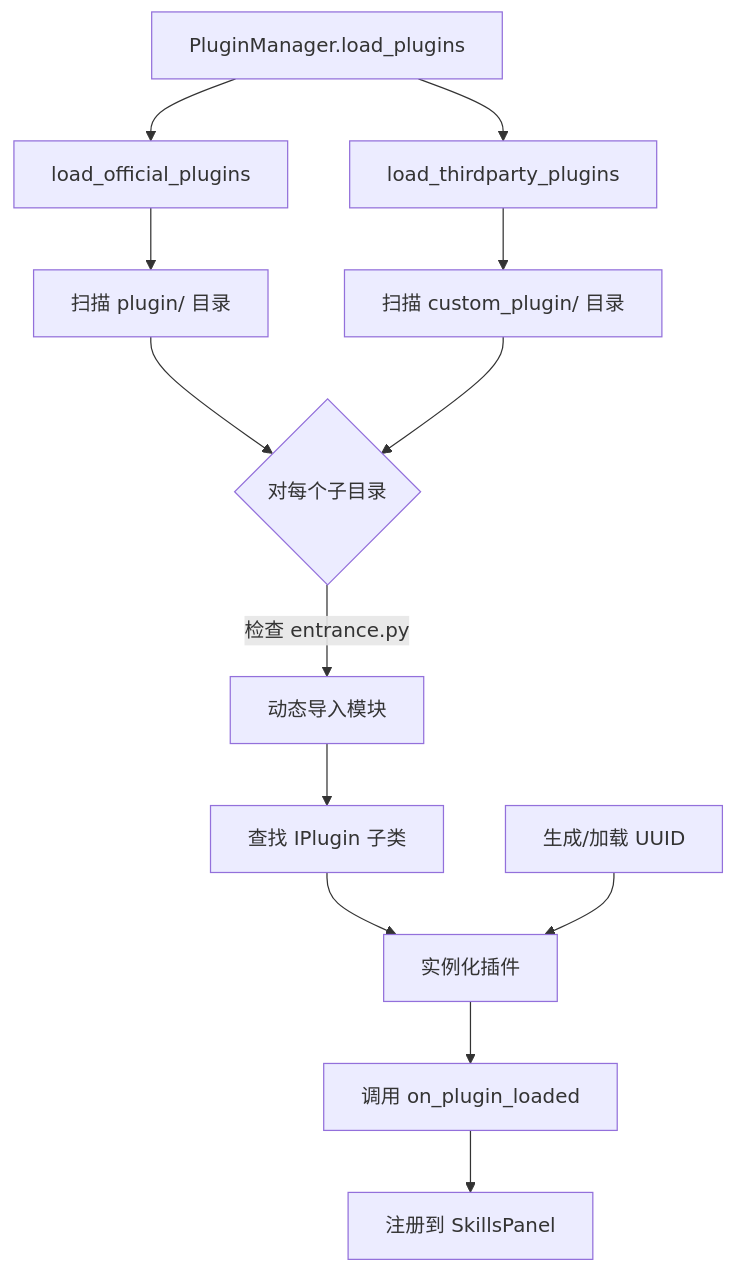
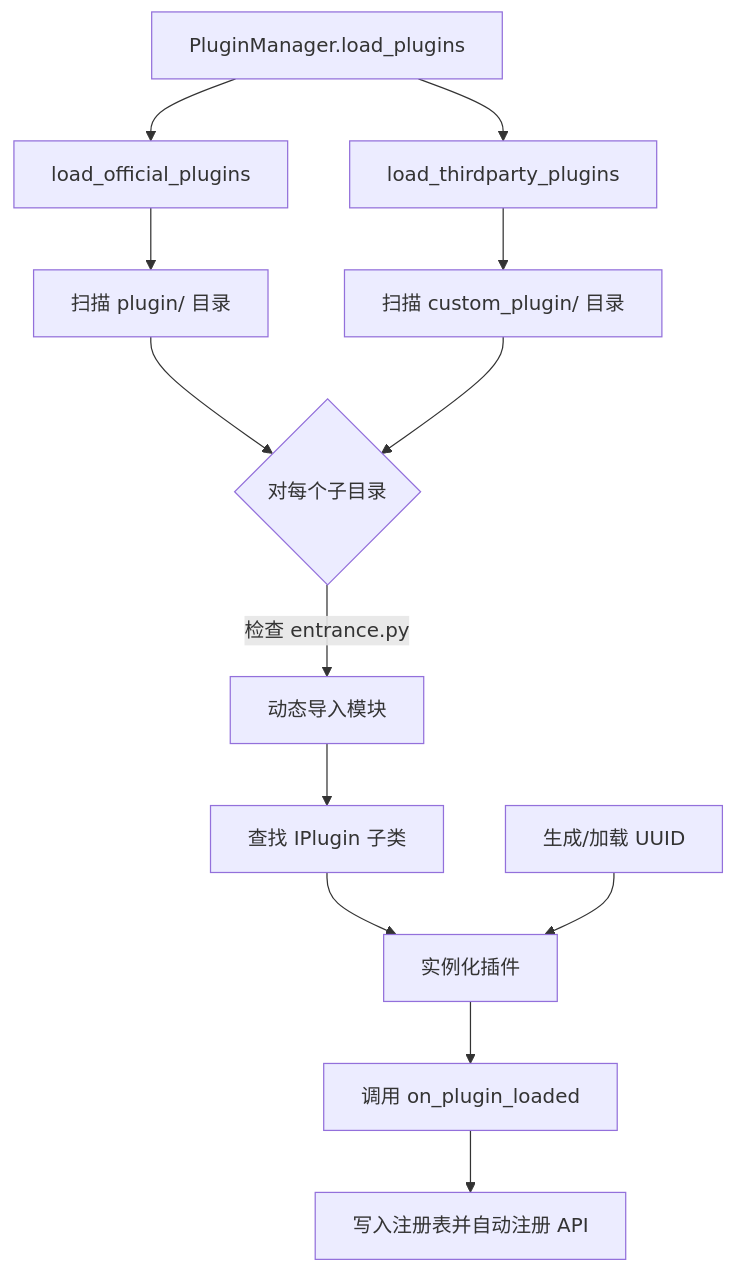
The second of 6 diagrams in docs/core/plugin-system/overview.md (KKPIP-Tech/InstructionX), drawn with Mermaid before and after one commit. The commit also changed other lines of this file and 35 other files, not shown here.

````diff
--- a/docs/core/plugin-system/overview.md
+++ b/docs/core/plugin-system/overview.md
@@ -44,18 +44,18 @@
 ```mermaid
 flowchart TD
     A[PluginManager.load_plugins] --> B[load_official_plugins]
     A --> C[load_thirdparty_plugins]
 
     B --> D[扫描 plugin/ 目录]
     C --> E[扫描 custom_plugin/ 目录]
 
     D --> F{对每个子目录}
     E --> F
 
     F -->|检查 entrance.py| G[动态导入模块]
     G --> H[查找 IPlugin 子类]
     H --> I[实例化插件]
     J[生成/加载 UUID] --> I[实例化插件]
     I --> K[调用 on_plugin_loaded]
-    K --> L[注册到 SkillsPanel]
+    K --> L[写入注册表并自动注册 API]
 ```
````
